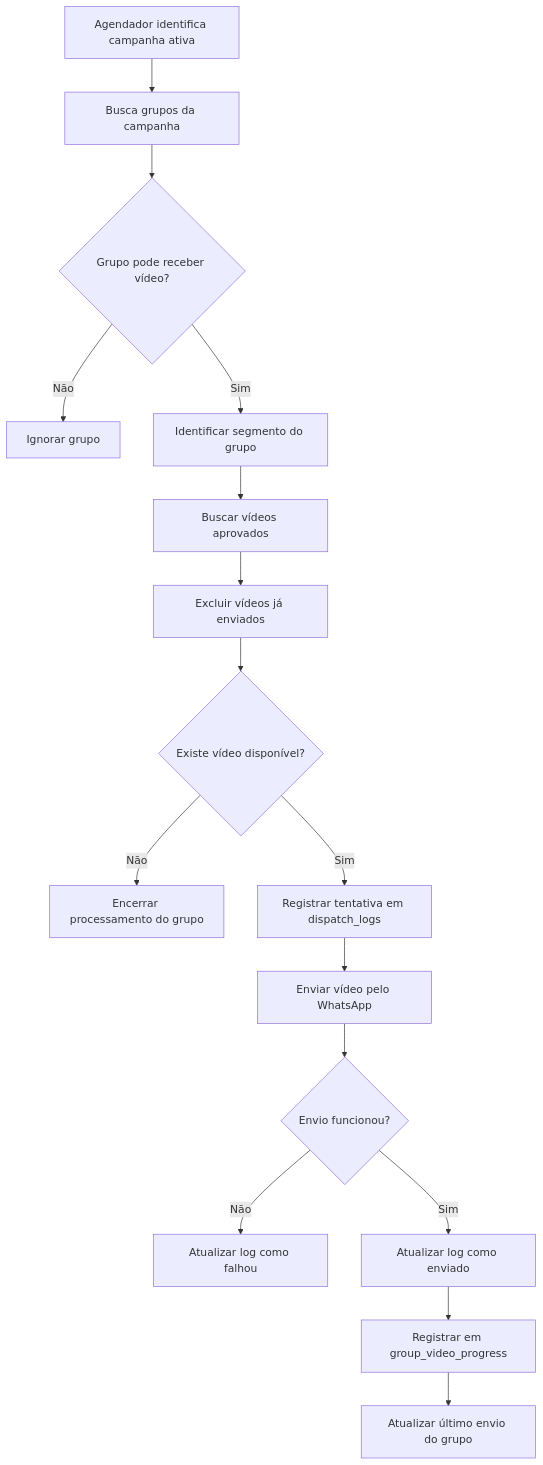
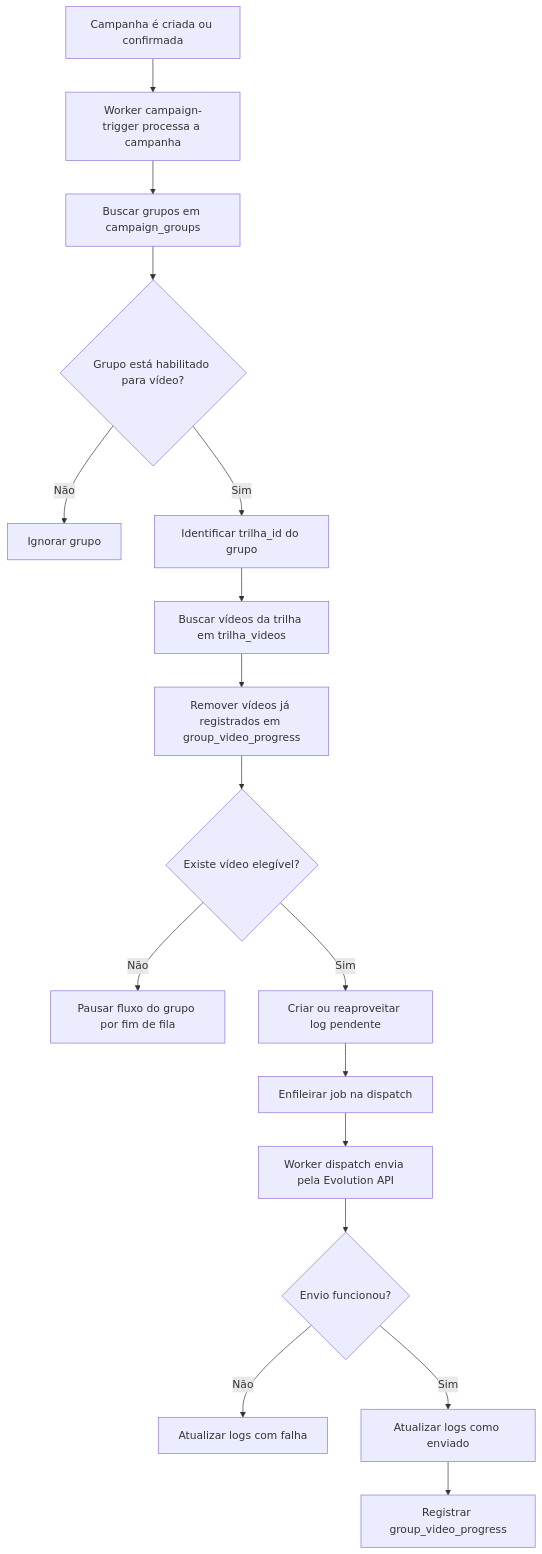
One commit to LightGu/estimulo-project changed the second of 2 diagrams in docs/documentacao_banco.md. Above: the diagram before and after it, drawn with Mermaid. The commit also changed other lines of this file and 2 other files, not shown here.

````diff
--- a/docs/documentacao_banco.md
+++ b/docs/documentacao_banco.md
@@ -445,18 +267,19 @@
 ```mermaid
 flowchart TD
-    A[Agendador identifica campanha ativa] --> B[Busca grupos da campanha]
-    B --> C{Grupo pode receber vídeo?}
-    C -- Não --> D[Ignorar grupo]
-    C -- Sim --> E[Identificar segmento do grupo]
-    E --> F[Buscar vídeos aprovados]
-    F --> G[Excluir vídeos já enviados]
-    G --> H{Existe vídeo disponível?}
-    H -- Não --> I[Encerrar processamento do grupo]
-    H -- Sim --> J[Registrar tentativa em dispatch_logs]
-    J --> K[Enviar vídeo pelo WhatsApp]
-    K --> L{Envio funcionou?}
-    L -- Não --> M[Atualizar log como falhou]
-    L -- Sim --> N[Atualizar log como enviado]
-    N --> O[Registrar em group_video_progress]
-    O --> P[Atualizar último envio do grupo]
+    A[Campanha é criada ou confirmada] --> B[Worker campaign-trigger processa a campanha]
+    B --> C[Buscar grupos em campaign_groups]
+    C --> D{Grupo está habilitado para vídeo?}
+    D -- Não --> E[Ignorar grupo]
+    D -- Sim --> F[Identificar trilha_id do grupo]
+    F --> G[Buscar vídeos da trilha em trilha_videos]
+    G --> H[Remover vídeos já registrados em group_video_progress]
+    H --> I{Existe vídeo elegível?}
+    I -- Não --> J[Pausar fluxo do grupo por fim de fila]
+    I -- Sim --> K[Criar ou reaproveitar log pendente]
+    K --> L[Enfileirar job na dispatch]
+    L --> M[Worker dispatch envia pela Evolution API]
+    M --> N{Envio funcionou?}
+    N -- Não --> O[Atualizar logs com falha]
+    N -- Sim --> P[Atualizar logs como enviado]
+    P --> Q[Registrar group_video_progress]
 ```
````
